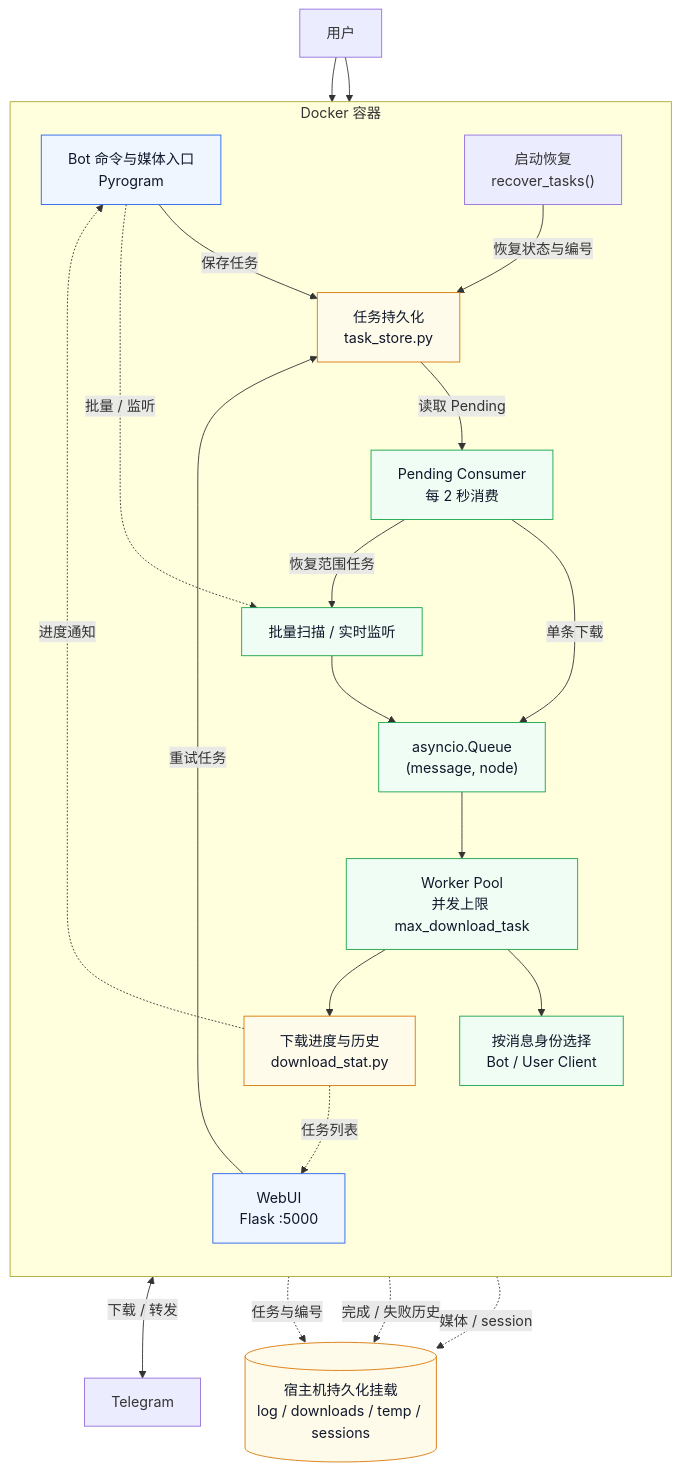
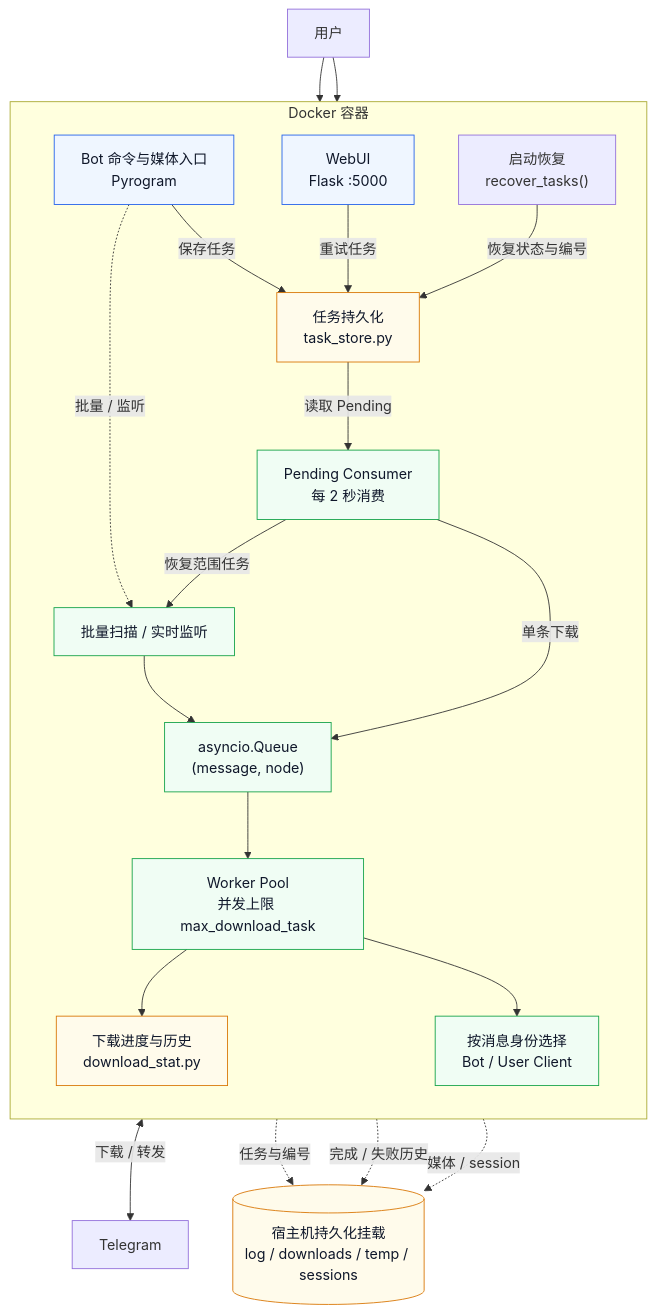
One commit to smilekevin/TGPorter changed the first of 2 diagrams in README.md. Above: the diagram before and after it, drawn with Mermaid. The commit also changed other lines of this file and 1 other file, not shown here.

Commit message:
docs: simplify architecture diagram routing

````diff
--- a/README.md
+++ b/README.md
@@ -143,48 +143,46 @@
 ```mermaid
 flowchart TB
     User["用户"]
     Telegram["Telegram"]
 
     subgraph Container["Docker 容器"]
         direction TB
         Bot["Bot 命令与媒体入口<br/>Pyrogram"]
         Web["WebUI<br/>Flask :5000"]
         Store["任务持久化<br/>task_store.py"]
         Recovery["启动恢复<br/>recover_tasks()"]
         Consumer["Pending Consumer<br/>每 2 秒消费"]
         Scan["批量扫描 / 实时监听"]
         Queue["asyncio.Queue<br/>(message, node)"]
         Workers["Worker Pool<br/>并发上限 max_download_task"]
         Clients["按消息身份选择<br/>Bot / User Client"]
         Stats["下载进度与历史<br/>download_stat.py"]
     end
 
     Data[("宿主机持久化挂载<br/>log / downloads / temp / sessions")]
 
     User --> Bot
     User --> Web
     Bot -->|保存任务| Store
     Web -->|重试任务| Store
     Recovery -->|恢复状态与编号| Store
     Store -->|读取 Pending| Consumer
     Consumer -->|单条下载| Queue
     Consumer -->|恢复范围任务| Scan
     Bot -.->|批量 / 监听| Scan
     Scan --> Queue
     Queue --> Workers
     Workers --> Clients
     Clients <-->|下载 / 转发| Telegram
     Workers --> Stats
-    Stats -.->|任务列表| Web
-    Stats -.->|进度通知| Bot
     Store -.->|任务与编号| Data
     Stats -.->|完成 / 失败历史| Data
     Clients -.->|媒体 / session| Data
 
     classDef entry fill:#eff6ff,stroke:#2563eb,color:#0f172a
     classDef pipeline fill:#f0fdf4,stroke:#16a34a,color:#0f172a
     classDef storage fill:#fffbeb,stroke:#d97706,color:#0f172a
     class Bot,Web entry
     class Consumer,Scan,Queue,Workers,Clients pipeline
     class Store,Stats,Data storage
 ```
````
